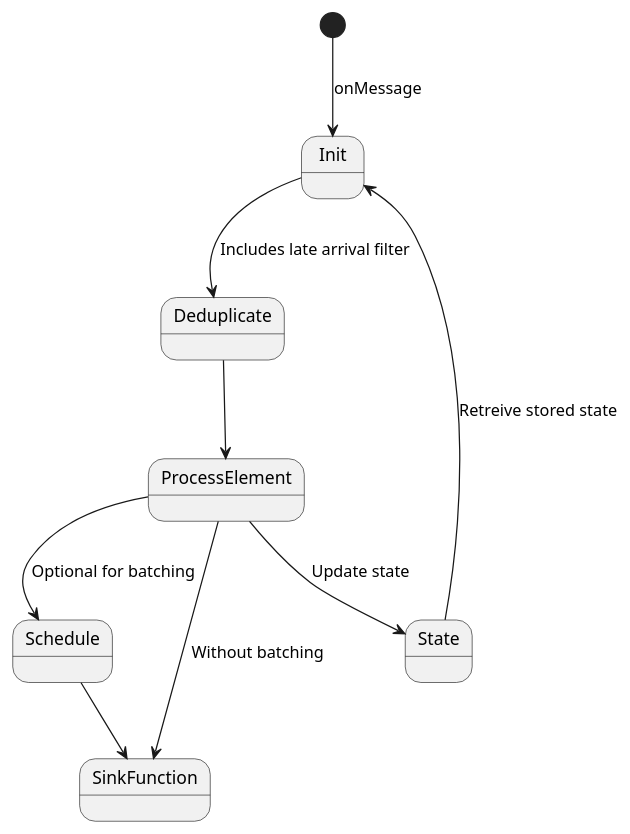
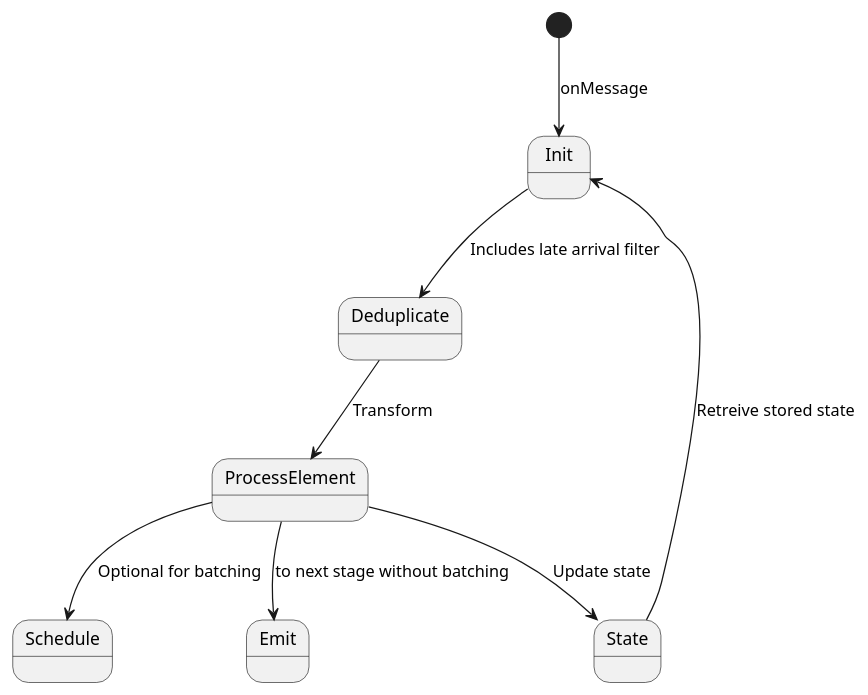
Before and after one commit to datakaveri/iudx-adaptor-framework: the diagram in docs/diagrams/GenericProcessState.puml, drawn with PlantUML. The commit also changed 19 other files, not shown here.

```diff
--- a/docs/diagrams/GenericProcessState.puml
+++ b/docs/diagrams/GenericProcessState.puml
@@ -1,16 +1,15 @@
 @startuml
 
 [*] --> Init : onMessage
 
 State --> Init : Retreive stored state
 
 Init --> Deduplicate : Includes late arrival filter
 
-Deduplicate --> ProcessElement
+Deduplicate --> ProcessElement : Transform
 
 ProcessElement --> State : Update state
 ProcessElement --> Schedule : Optional for batching
-ProcessElement --> SinkFunction : Without batching
-Schedule --> SinkFunction
+ProcessElement --> Emit : to next stage without batching
 
 @enduml
```
